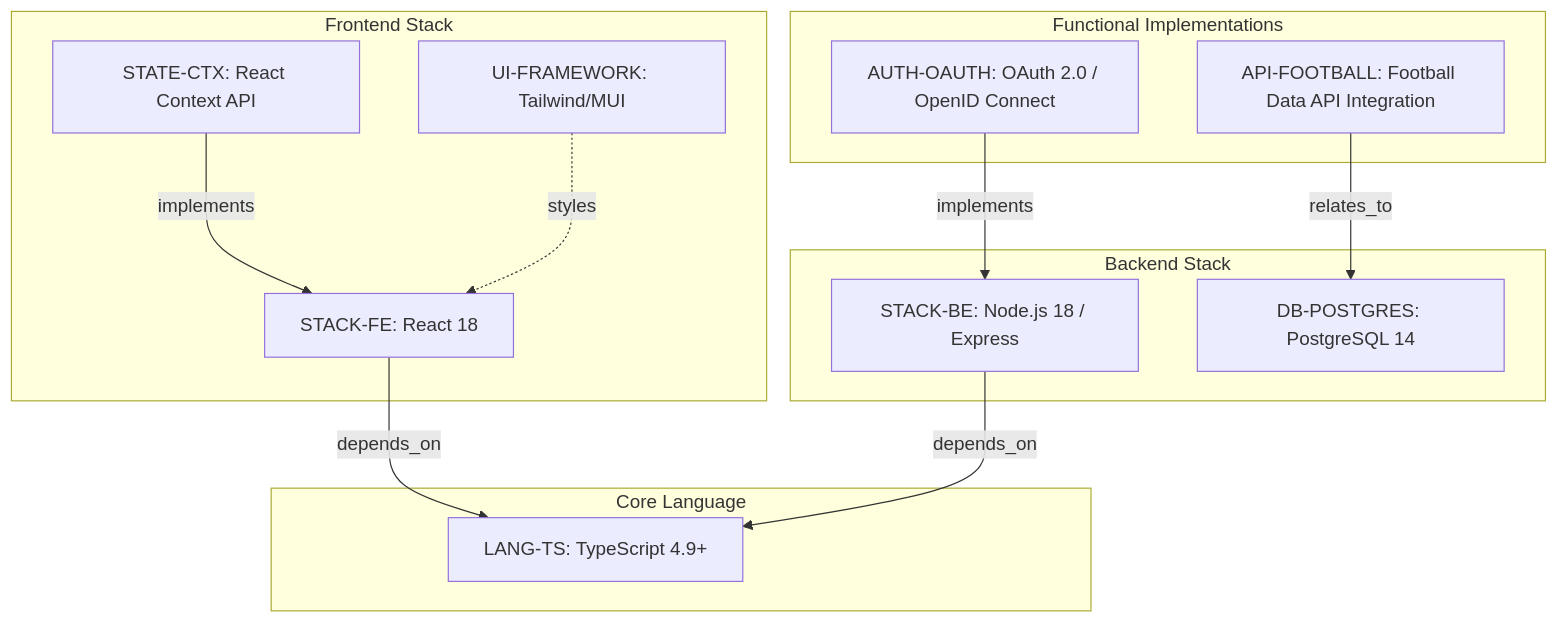
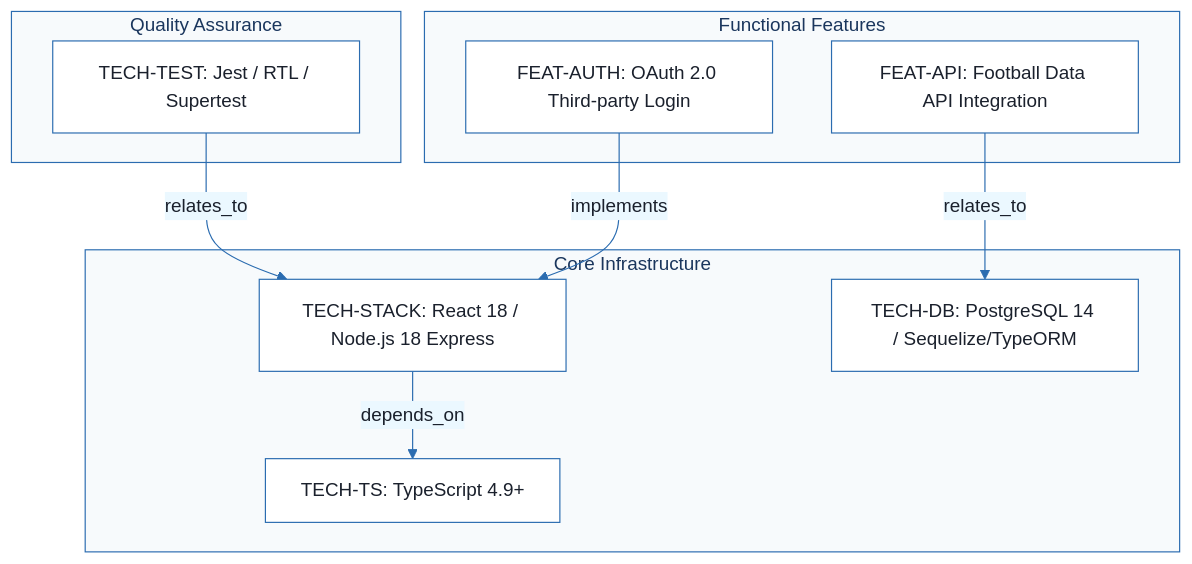
The first of 7 diagrams in outputs/001-football-match-manager/markdowns/research_v1.0_doc.md (abir-ommezzine/extension-github-spec-kit), drawn with Mermaid before and after one commit. The commit also changed other lines of this file and 145 other files, not shown here.

````diff
--- a/outputs/001-football-match-manager/markdowns/research_v1.0_doc.md
+++ b/outputs/001-football-match-manager/markdowns/research_v1.0_doc.md
@@ -44,29 +39,62 @@
 ```mermaid
+%%{init: {
+  'theme': 'base',
+  'themeVariables': {
+    'primaryColor': '#1A365D',
+    'primaryTextColor': '#1A202C',
+    'primaryBorderColor': '#2B6CB0',
+    'lineColor': '#2B6CB0',
+    'secondaryColor': '#EBF8FF',
+    'tertiaryColor': '#EBF8FF',
+    'background': '#FFFFFF',
+    'mainBkg': '#FFFFFF',
+    'secondBkg': '#EBF8FF',
+    'tertiaryBkg': '#F7FAFC',
+    'secondaryTextColor': '#4A5568',
+    'fontSize': '16px',
+    'fontFamily': 'Inter, system-ui, sans-serif',
+    'nodePadding': '15px',
+    'borderRadius': '8px',
+    'edgeLabelBackground': '#EBF8FF',
+    'clusterBkg': '#F7FAFC',
+    'clusterBorder': '#2B6CB0',
+    'defaultLinkColor': '#2B6CB0',
+    'titleColor': '#1A365D',
+    'actorBorder': '#2B6CB0',
+    'actorBkg': '#EBF8FF',
+    'actorTextColor': '#1A365D',
+    'actorLineColor': '#2B6CB0',
+    'signalColor': '#2B6CB0',
+    'signalTextColor': '#1A202C',
+    'labelBoxBorderColor': '#2B6CB0',
+    'labelBoxBkgColor': '#EBF8FF',
+    'labelTextColor': '#1A202C',
+    'loopTextColor': '#1A202C',
+    'arrowHeadColor': '#2B6CB0',
+    'sequenceNumberColor': '#1A365D',
+    'sequenceActorBorder': '#2B6CB0',
+    'sequenceActorBkg': '#EBF8FF',
+    'sequenceArrowColor': '#2B6CB0',
+    'noteBkgColor': '#FFF5EB',
+    'noteBorderColor': '#DD6B20',
+    'noteTextColor': '#1A202C'
+  }
+}}%%
 flowchart TD
-    subgraph "Core Language"
-        LANG-TS["LANG-TS: TypeScript 4.9+"]
+    subgraph "Core Infrastructure"
+        TECH-STACK["TECH-STACK: React 18 / Node.js 18 Express"]
+        TECH-TS["TECH-TS: TypeScript 4.9+"]
+        TECH-DB["TECH-DB: PostgreSQL 14 / Sequelize/TypeORM"]
     end
-
-    subgraph "Frontend Stack"
-        STACK-FE["STACK-FE: React 18"]
-        STATE-CTX["STATE-CTX: React Context API"]
-        UI-FRAMEWORK["UI-FRAMEWORK: Tailwind/MUI"]
+    subgraph "Functional Features"
+        FEAT-AUTH["FEAT-AUTH: OAuth 2.0 Third-party Login"]
+        FEAT-API["FEAT-API: Football Data API Integration"]
     end
-
-    subgraph "Backend Stack"
-        STACK-BE["STACK-BE: Node.js 18 / Express"]
-        DB-POSTGRES["DB-POSTGRES: PostgreSQL 14"]
+    subgraph "Quality Assurance"
+        TECH-TEST["TECH-TEST: Jest / RTL / Supertest"]
     end
-
-    subgraph "Functional Implementations"
-        AUTH-OAUTH["AUTH-OAUTH: OAuth 2.0 / OpenID Connect"]
-        API-FOOTBALL["API-FOOTBALL: Football Data API Integration"]
-    end
-
-    STACK-FE -->|depends_on| LANG-TS
-    STACK-BE -->|depends_on| LANG-TS
-    STATE-CTX -->|implements| STACK-FE
-    AUTH-OAUTH -->|implements| STACK-BE
-    API-FOOTBALL -->|relates_to| DB-POSTGRES
-    UI-FRAMEWORK -.->|styles| STACK-FE
+    TECH-STACK -->|"depends_on"| TECH-TS
+    FEAT-AUTH -->|"implements"| TECH-STACK
+    FEAT-API -->|"relates_to"| TECH-DB
+    TECH-TEST -->|"relates_to"| TECH-STACK
 ```
````
